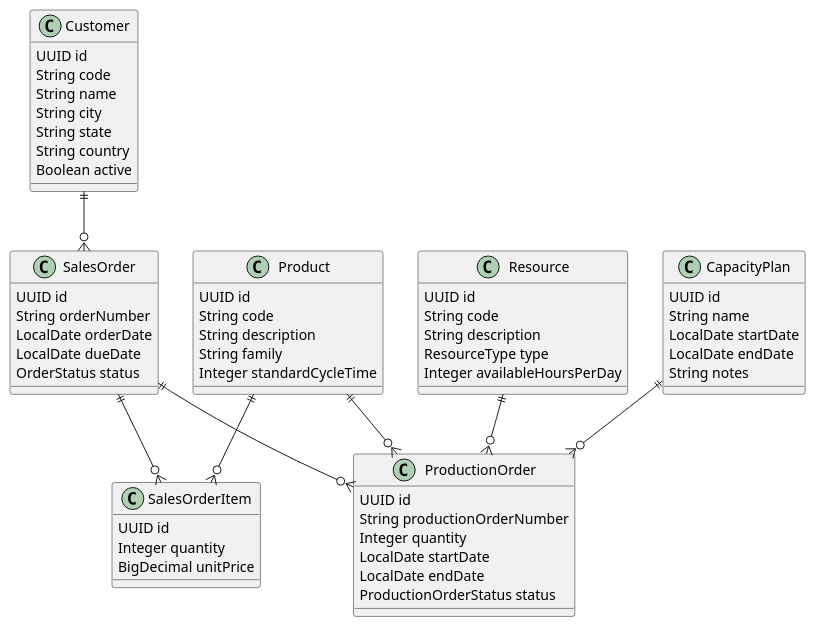
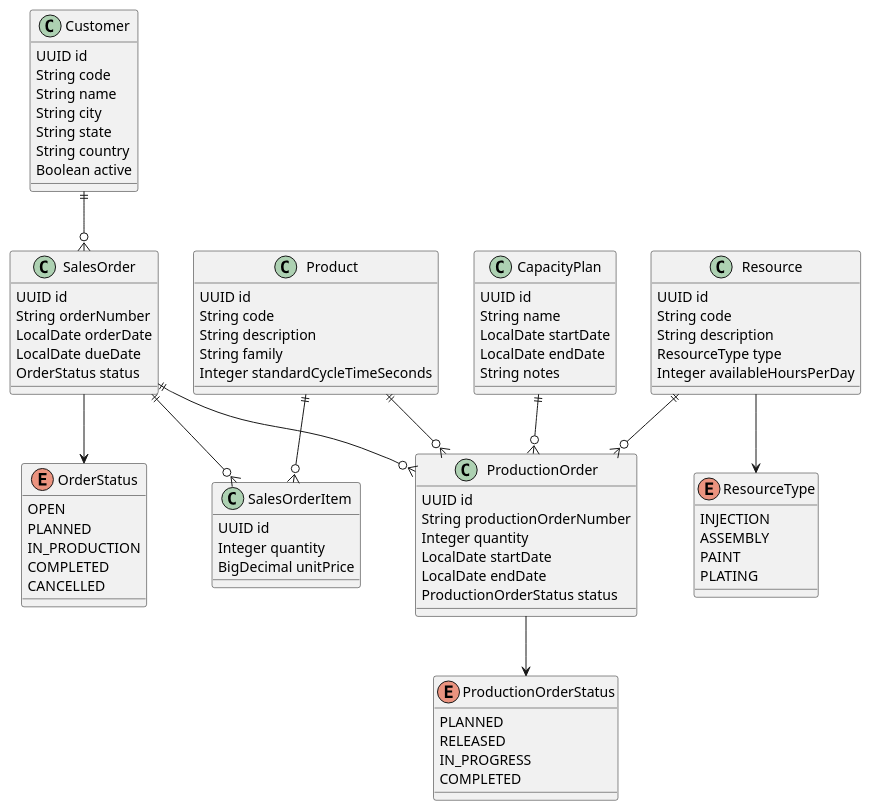
Before and after one commit to rapassos/smart-production-planner: the diagram in docs/diagrams/domain-model.puml, drawn with PlantUML. The commit also changed 1 other file, not shown here.

Commit message:
Atualizado o diagrama de modelagem

```diff
--- a/docs/diagrams/domain-model.puml
+++ b/docs/diagrams/domain-model.puml
@@ -1,74 +1,114 @@
 @startuml
 
+skinparam classAttributeIconSize 0
+
+'=========================
+' ENUMS
+'=========================
+
+enum OrderStatus {
+OPEN
+PLANNED
+IN_PRODUCTION
+COMPLETED
+CANCELLED
+}
+
+enum ResourceType {
+INJECTION
+ASSEMBLY
+PAINT
+PLATING
+}
+
+enum ProductionOrderStatus {
+PLANNED
+RELEASED
+IN_PROGRESS
+COMPLETED
+}
+
+'=========================
+' ENTITIES
+'=========================
+
 class Customer {
-    UUID id
-    String code
-    String name
-    String city
-    String state
-    String country
-    Boolean active
+UUID id
+String code
+String name
+String city
+String state
+String country
+Boolean active
 }
 
 class SalesOrder {
-    UUID id
-    String orderNumber
-    LocalDate orderDate
-    LocalDate dueDate
-    OrderStatus status
+UUID id
+String orderNumber
+LocalDate orderDate
+LocalDate dueDate
+OrderStatus status
 }
 
 class SalesOrderItem {
-    UUID id
-    Integer quantity
-    BigDecimal unitPrice
+UUID id
+Integer quantity
+BigDecimal unitPrice
 }
 
 class Product {
-    UUID id
-    String code
-    String description
-    String family
-    Integer standardCycleTime
+UUID id
+String code
+String description
+String family
+Integer standardCycleTimeSeconds
 }
 
 class Resource {
-    UUID id
-    String code
-    String description
-    ResourceType type
-    Integer availableHoursPerDay
+UUID id
+String code
+String description
+ResourceType type
+Integer availableHoursPerDay
 }
 
 class ProductionOrder {
-    UUID id
-    String productionOrderNumber
-    Integer quantity
-    LocalDate startDate
-    LocalDate endDate
-    ProductionOrderStatus status
+UUID id
+String productionOrderNumber
+Integer quantity
+LocalDate startDate
+LocalDate endDate
+ProductionOrderStatus status
 }
 
 class CapacityPlan {
-    UUID id
-    String name
-    LocalDate startDate
-    LocalDate endDate
-    String notes
+UUID id
+String name
+LocalDate startDate
+LocalDate endDate
+String notes
 }
+
+'=========================
+' RELATIONSHIPS
+'=========================
 
 Customer ||--o{ SalesOrder
 
 SalesOrder ||--o{ SalesOrderItem
 
 Product ||--o{ SalesOrderItem
 
 Product ||--o{ ProductionOrder
 
 Resource ||--o{ ProductionOrder
 
 SalesOrder ||--o{ ProductionOrder
 
 CapacityPlan ||--o{ ProductionOrder
 
+SalesOrder --> OrderStatus
+Resource --> ResourceType
+ProductionOrder --> ProductionOrderStatus
+
 @enduml
```
